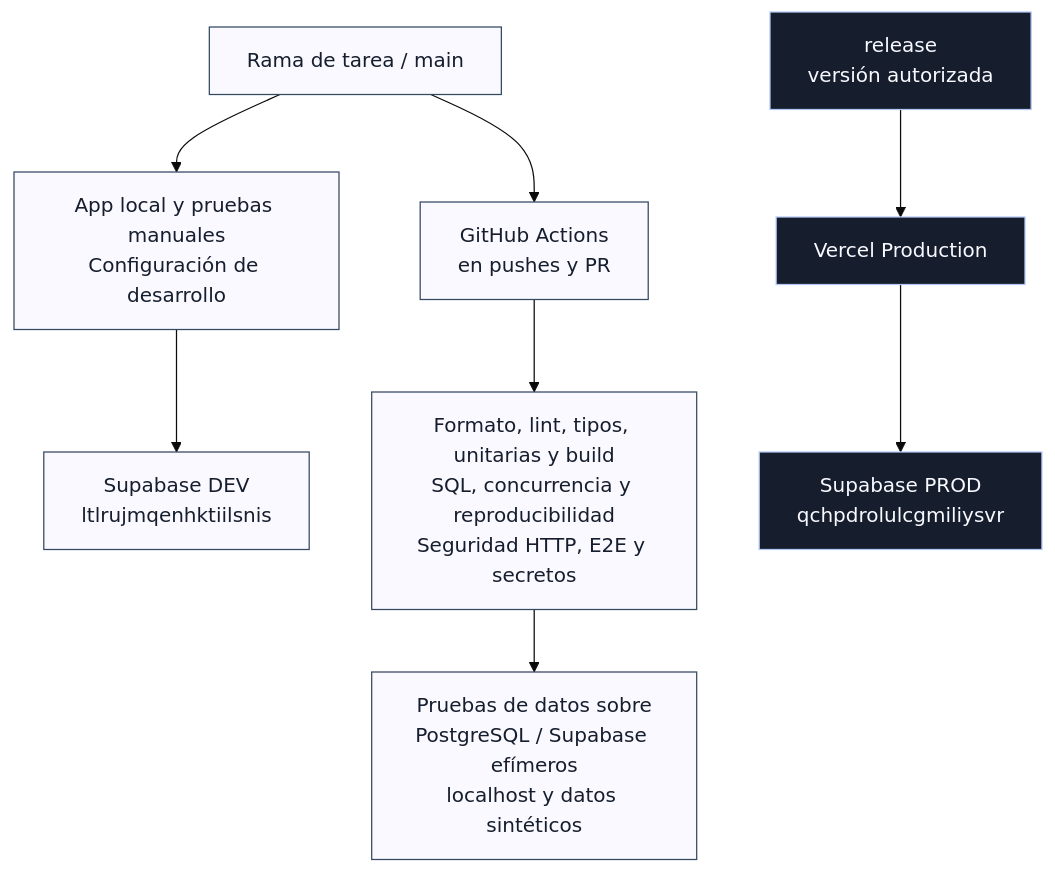
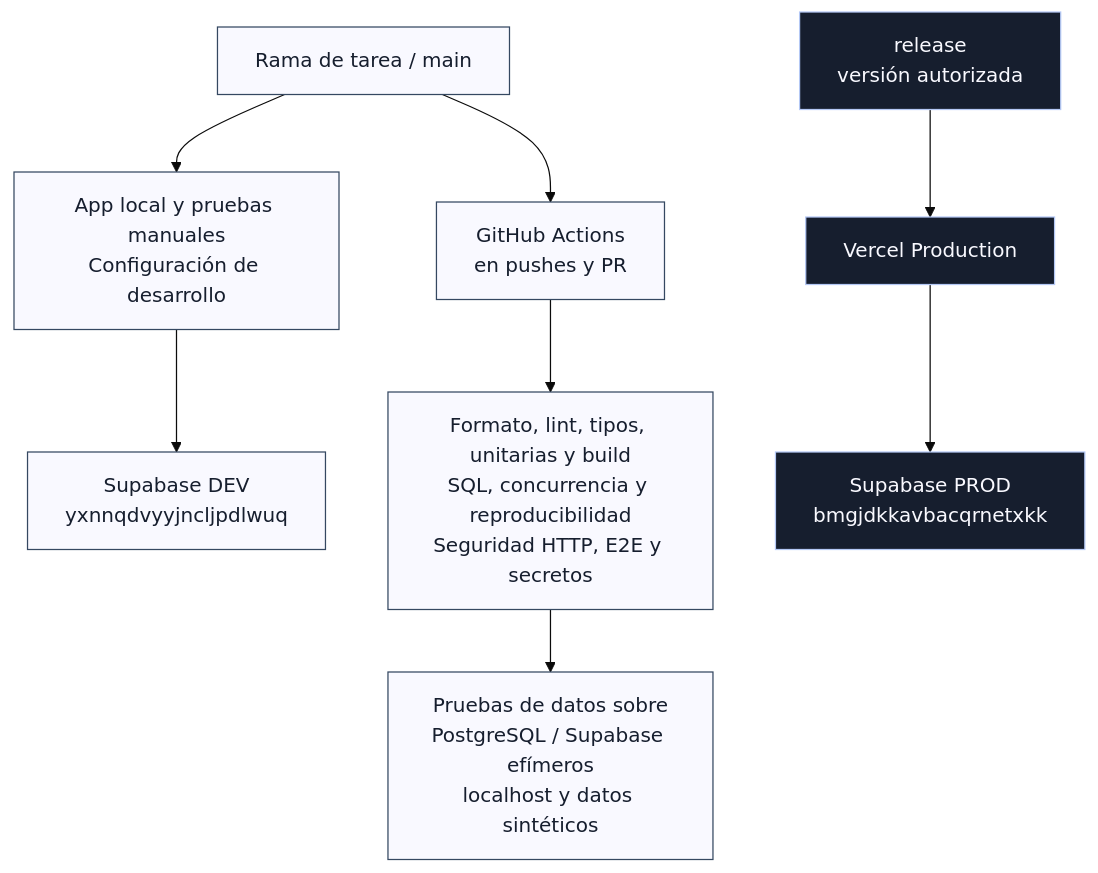
Before and after one commit to migdlp/opinion-social-media: the second of 3 diagrams in docs/flujo-trabajo.md, drawn with Mermaid (base theme). The commit also changed other lines of this file and 6 other files, not shown here.

````diff
--- a/docs/flujo-trabajo.md
+++ b/docs/flujo-trabajo.md
@@ -43,16 +43,16 @@
 ```mermaid
 flowchart TD
     accTitle: Separación de desarrollo, pruebas y producción
     accDescr: Las ramas de tarea y main se verifican en local y CI. El desarrollo alojado usa Supabase dev; CI crea bases locales efímeras. Sólo release despliega Vercel y usa Supabase prod.
     A["Rama de tarea / main"] --> B["App local y pruebas manuales<br/>Configuración de desarrollo"]
-    B --> C["Supabase DEV<br/>ltlrujmqenhktiilsnis"]
+    B --> C["Supabase DEV<br/>yxnnqdvyyjncljpdlwuq"]
     A --> D["GitHub Actions<br/>en pushes y PR"]
     D --> E["Formato, lint, tipos, unitarias y build<br/>SQL, concurrencia y reproducibilidad<br/>Seguridad HTTP, E2E y secretos"]
     E --> G["Pruebas de datos sobre<br/>PostgreSQL / Supabase efímeros<br/>localhost y datos sintéticos"]
     R["release<br/>versión autorizada"] --> V["Vercel Production"]
-    V --> P["Supabase PROD<br/>qchpdrolulcgmiliysvr"]
+    V --> P["Supabase PROD<br/>bmgjdkkavbacqrnetxkk"]
     classDef work fill:#F9F9FF,stroke:#354861,color:#161E2E;
     classDef production fill:#161E2E,stroke:#B4C8F5,color:#F9F9FF;
     class A,B,C,D,E,G work;
     class R,V,P production;
 ```
````
